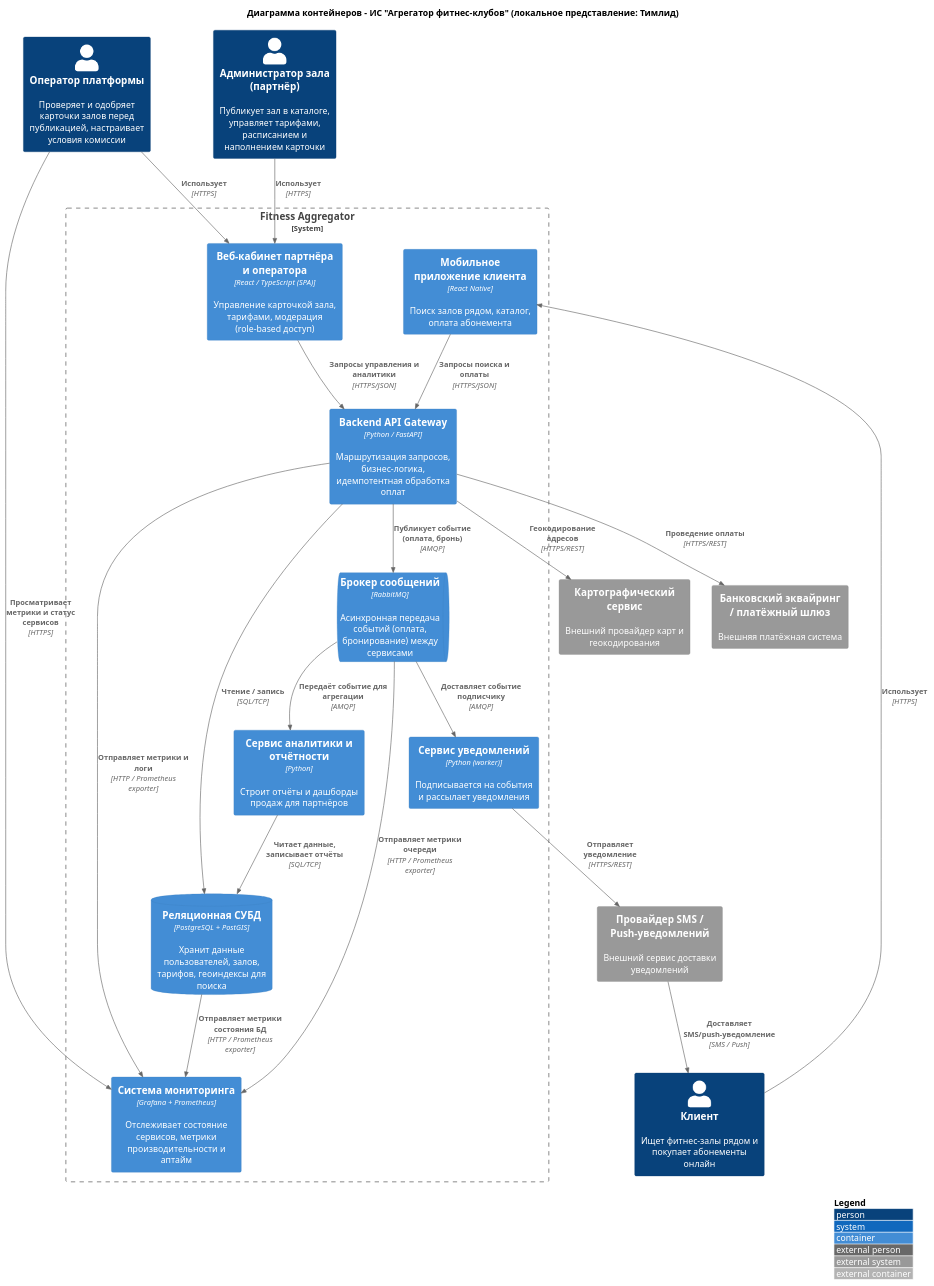
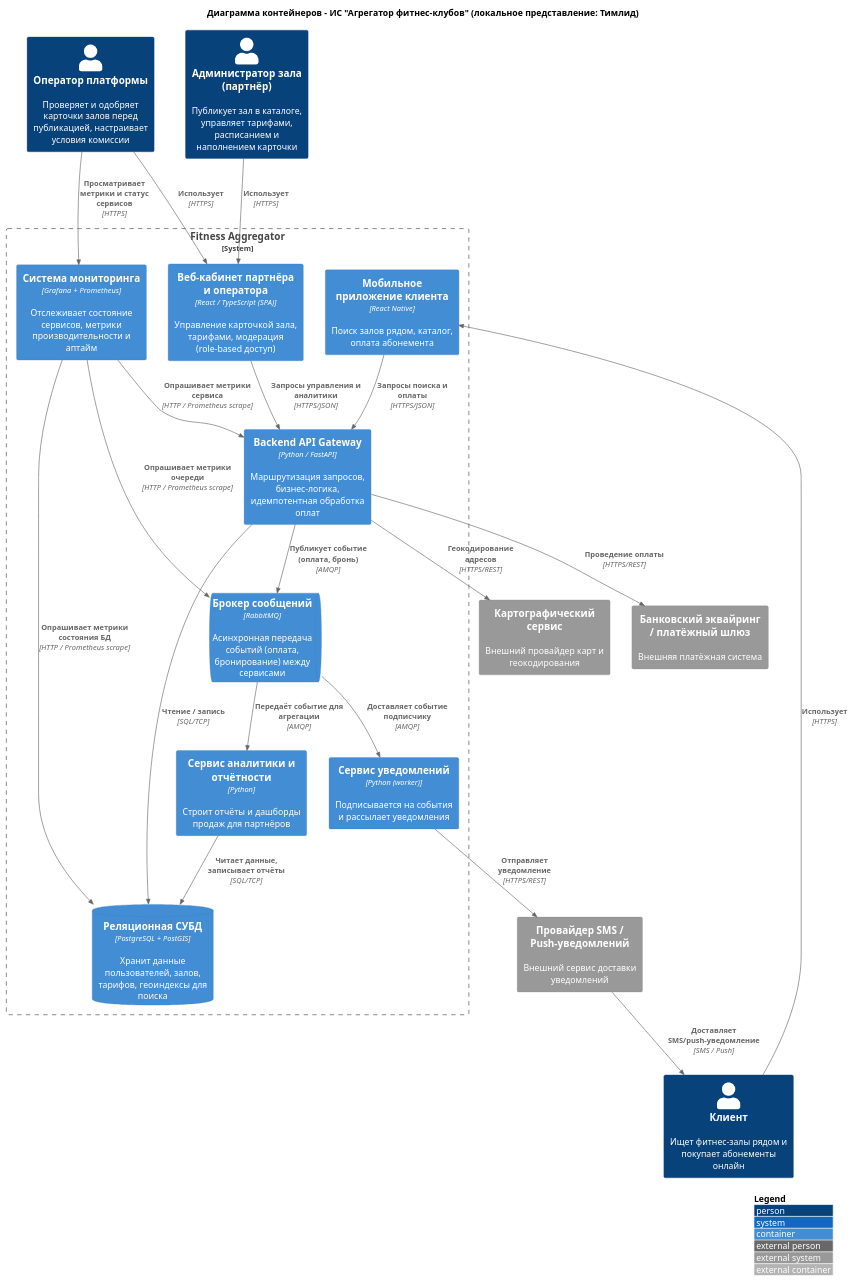
The diagram in src/local/lisov/L2_teamlead.puml (lamtfey11/ISIT-project-gym-aggregator), drawn with PlantUML before and after one commit.

Commit message:
Изменение направления стрелки с мониторингом

```diff
--- a/src/local/lisov/L2_teamlead.puml
+++ b/src/local/lisov/L2_teamlead.puml
@@ -1,58 +1,58 @@
 @startuml "Fitness Aggregator - Container (Teamlead local view)"
 !include https://raw.githubusercontent.com/plantuml-stdlib/C4-PlantUML/master/C4_Container.puml
 
 LAYOUT_WITH_LEGEND()
 title Диаграмма контейнеров - ИС "Агрегатор фитнес-клубов" (локальное представление: Тимлид)
 
 Person(client, "Клиент", "Ищет фитнес-залы рядом и покупает абонементы онлайн")
 Person(partner_admin, "Администратор зала (партнёр)", "Публикует зал в каталоге, управляет тарифами, расписанием и наполнением карточки")
 Person(platform_operator, "Оператор платформы", "Проверяет и одобряет карточки залов перед публикацией, настраивает условия комиссии")
 
 System_Ext(payment_gateway, "Банковский эквайринг / платёжный шлюз", "Внешняя платёжная система")
 System_Ext(maps_service, "Картографический сервис", "Внешний провайдер карт и геокодирования")
 System_Ext(sms_provider, "Провайдер SMS / Push-уведомлений", "Внешний сервис доставки уведомлений")
 
 System_Boundary(fitness_platform, "Fitness Aggregator") {
 
     'Зона: Frontend/Mobile'
     Container(mobile_app, "Мобильное приложение клиента", "React Native", "Поиск залов рядом, каталог, оплата абонемента")
     Container(partner_web, "Веб-кабинет партнёра и оператора", "React / TypeScript (SPA)", "Управление карточкой зала, тарифами, модерация (role-based доступ)")
 
     'Зона: Backend'
     Container(api_gateway, "Backend API Gateway", "Python / FastAPI", "Маршрутизация запросов, бизнес-логика, идемпотентная обработка оплат")
     ContainerDb(database, "Реляционная СУБД", "PostgreSQL + PostGIS", "Хранит данные пользователей, залов, тарифов, геоиндексы для поиска")
 
     'Зона: DevOps (инфраструктурные контейнеры)'
     ContainerQueue(message_broker, "Брокер сообщений", "RabbitMQ", "Асинхронная передача событий (оплата, бронирование) между сервисами")
     Container(monitoring, "Система мониторинга", "Grafana + Prometheus", "Отслеживает состояние сервисов, метрики производительности и аптайм")
     Container(notification_service, "Сервис уведомлений", "Python (worker)", "Подписывается на события и рассылает уведомления")
 
     'Зона: Analytics'
     Container(analytics_service, "Сервис аналитики и отчётности", "Python", "Строит отчёты и дашборды продаж для партнёров")
 }
 
 Rel(client, mobile_app, "Использует", "HTTPS")
 Rel(partner_admin, partner_web, "Использует", "HTTPS")
 Rel(platform_operator, partner_web, "Использует", "HTTPS")
 Rel(platform_operator, monitoring, "Просматривает метрики и статус сервисов", "HTTPS")
 
 Rel(mobile_app, api_gateway, "Запросы поиска и оплаты", "HTTPS/JSON")
 Rel(partner_web, api_gateway, "Запросы управления и аналитики", "HTTPS/JSON")
 
 Rel(api_gateway, database, "Чтение / запись", "SQL/TCP")
 Rel(api_gateway, payment_gateway, "Проведение оплаты", "HTTPS/REST")
 Rel(api_gateway, maps_service, "Геокодирование адресов", "HTTPS/REST")
 
 Rel(api_gateway, message_broker, "Публикует событие (оплата, бронь)", "AMQP")
 Rel(message_broker, notification_service, "Доставляет событие подписчику", "AMQP")
 Rel(message_broker, analytics_service, "Передаёт событие для агрегации", "AMQP")
 
-Rel(api_gateway, monitoring, "Отправляет метрики и логи", "HTTP / Prometheus exporter")
-Rel(database, monitoring, "Отправляет метрики состояния БД", "HTTP / Prometheus exporter")
-Rel(message_broker, monitoring, "Отправляет метрики очереди", "HTTP / Prometheus exporter")
+Rel(monitoring, api_gateway, "Опрашивает метрики сервиса", "HTTP / Prometheus scrape")
+Rel(monitoring, database, "Опрашивает метрики состояния БД", "HTTP / Prometheus scrape")
+Rel(monitoring, message_broker, "Опрашивает метрики очереди", "HTTP / Prometheus scrape")
 
 Rel(notification_service, sms_provider, "Отправляет уведомление", "HTTPS/REST")
 Rel(sms_provider, client, "Доставляет SMS/push-уведомление", "SMS / Push")
 Rel(analytics_service, database, "Читает данные, записывает отчёты", "SQL/TCP")
 
 @enduml
```
